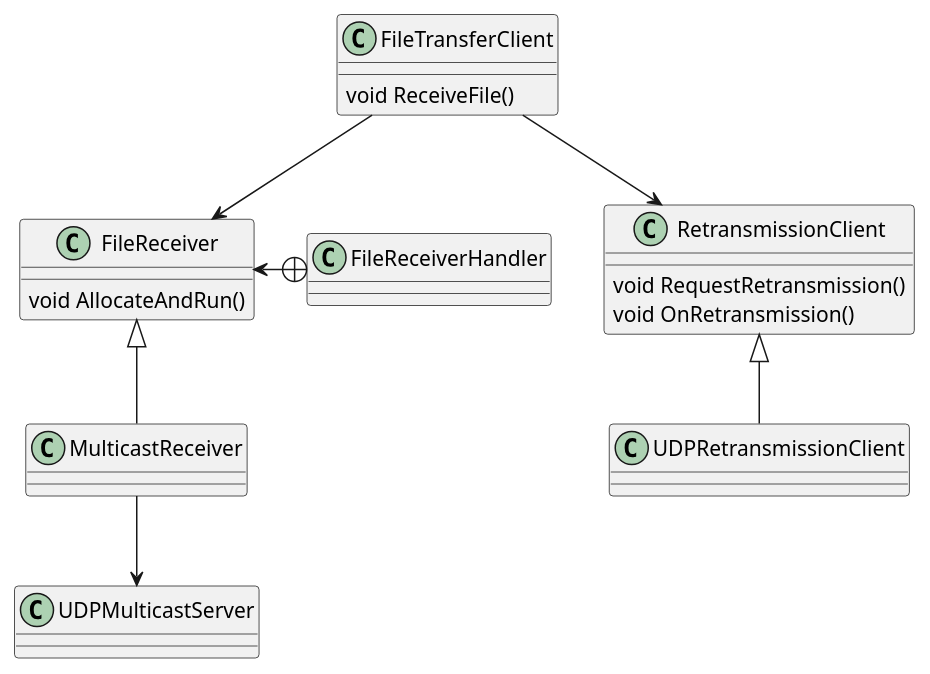
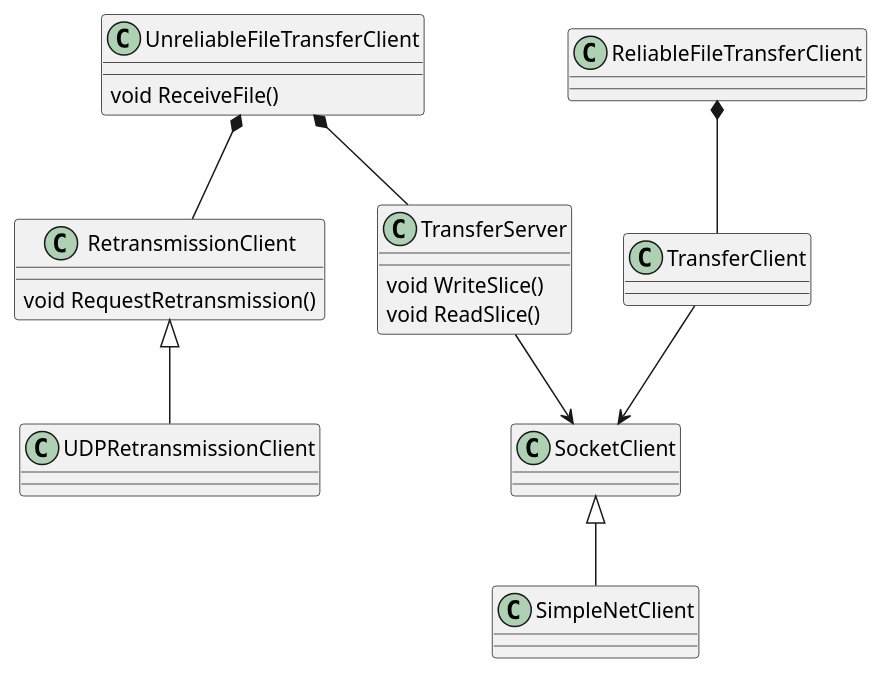
The diagram in client.md (shmilycode/file_transfer_design), drawn with PlantUML before and after one commit. The commit also changed 2 other files, not shown here.

```diff
--- a/client.md
+++ b/client.md
@@ -1,23 +1,24 @@
 @startuml
 
 class RetransmissionClient{
   void RequestRetransmission()
-  void OnRetransmission()
 }
 
-class FileReceiver{
-  void AllocateAndRun()
+class TransferServer{
+  void WriteSlice()
+  void ReadSlice()
 }
 
 
-class FileTransferClient{
+class UnreliableFileTransferClient{
   void ReceiveFile()
 }
 
+UnreliableFileTransferClient *-- RetransmissionClient
+UnreliableFileTransferClient *-- TransferServer 
+ReliableFileTransferClient *-- TransferClient
 RetransmissionClient <|-- UDPRetransmissionClient
-FileTransferClient --> RetransmissionClient
-FileTransferClient --> FileReceiver
-FileReceiver <-+ FileReceiverHandler
-FileReceiver <|-- MulticastReceiver
-MulticastReceiver --> UDPMulticastServer
+TransferServer --> SocketClient 
+SocketClient <|-- SimpleNetClient
+TransferClient --> SocketClient
 @enduml
```
